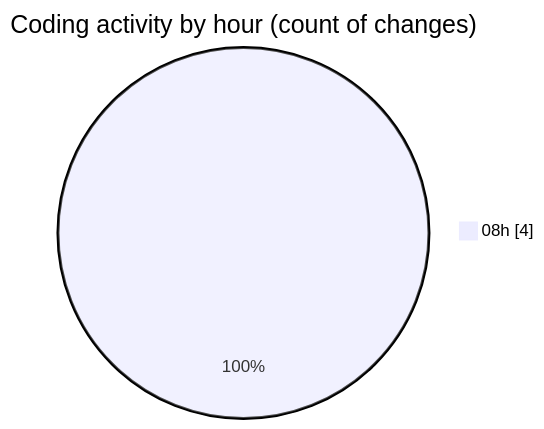
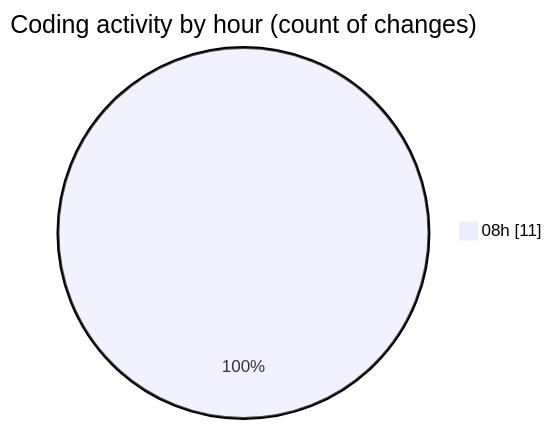
One commit to earendildev/code-tracking changed the second of 2 diagrams in 2025-05-09/scripts__workspace_/README.md. Above: the diagram before and after it, drawn with Mermaid. The commit also changed other lines of this file and 1 other file, not shown here.

````diff
--- a/2025-05-09/scripts__workspace_/README.md
+++ b/2025-05-09/scripts__workspace_/README.md
@@ -32,5 +33,5 @@
 ```mermaid
 pie showData
 title Coding activity by hour (count of changes)
-"08h" : 4
+"08h" : 11
 ```
````
